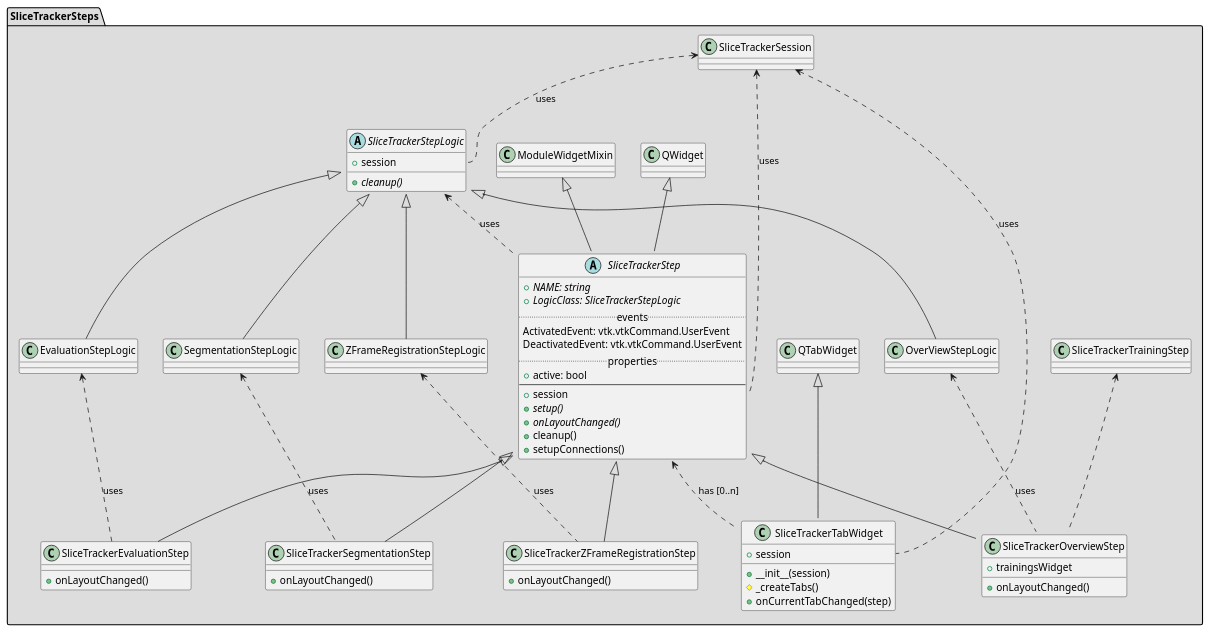
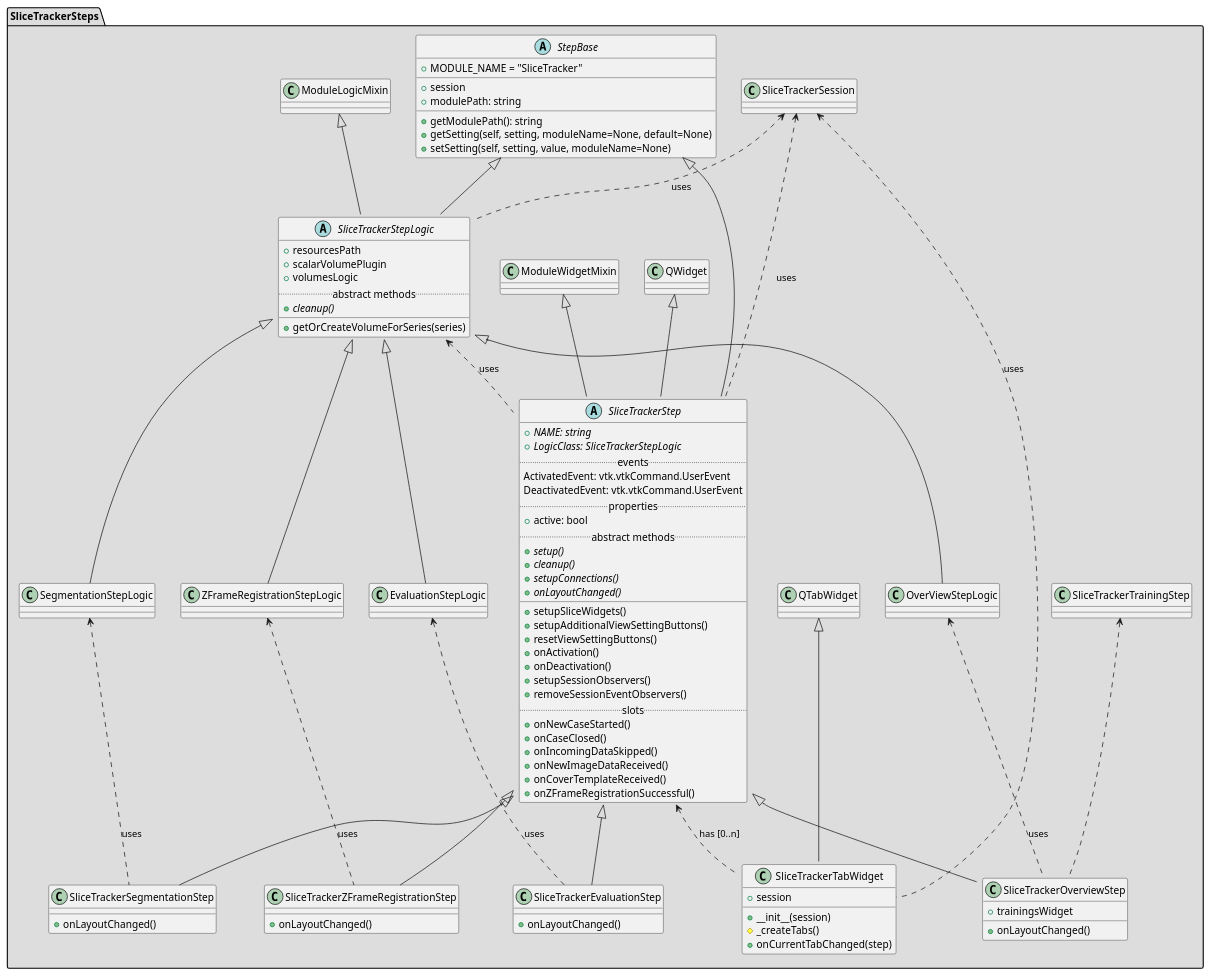
The diagram in puml/SliceTrackerSteps.puml (SlicerProstate/SliceTracker), drawn with PlantUML before and after one commit. The commit also changed 1 other file, not shown here.

Commit message:
ENH: updated uml diagrams and refactored StepBase

```diff
--- a/puml/SliceTrackerSteps.puml
+++ b/puml/SliceTrackerSteps.puml
@@ -1,95 +1,129 @@
 @startuml
 
 package "SliceTrackerSteps" #DDDDDD {
 
 
   QTabWidget <|-- SliceTrackerTabWidget
   SliceTrackerStep <.. SliceTrackerTabWidget::steps: has [0..n]
 
   class SliceTrackerTabWidget {
     + session
     + __init__(session)
     # _createTabs()
     + onCurrentTabChanged(step)
   }
 
   ModuleWidgetMixin <|-- SliceTrackerStep
+  StepBase <|-- SliceTrackerStep
   QWidget <|-- SliceTrackerStep
+
+  abstract class StepBase {
+    + MODULE_NAME = "SliceTracker"
+    __
+    + session
+    + modulePath: string
+    __
+    + getModulePath(): string
+    + getSetting(self, setting, moduleName=None, default=None)
+    + setSetting(self, setting, value, moduleName=None)
+  }
 
   abstract class SliceTrackerStep {
     + {abstract} NAME: string
     + {abstract} LogicClass: SliceTrackerStepLogic
     .. events ..
     ActivatedEvent: vtk.vtkCommand.UserEvent
     DeactivatedEvent: vtk.vtkCommand.UserEvent
     .. properties ..
     + active: bool
-    --
-    + session
+    .. abstract methods ..
     + {abstract} setup()
+    + {abstract} cleanup()
+    + {abstract} setupConnections()
     + {abstract} onLayoutChanged()
-    + cleanup()
-    + setupConnections()
+    __
+    + setupSliceWidgets()
+    + setupAdditionalViewSettingButtons()
+    + resetViewSettingButtons()
+    + onActivation()
+    + onDeactivation()
+    + setupSessionObservers()
+    + removeSessionEventObservers()
+    .. slots ..
+    + onNewCaseStarted()
+    + onCaseClosed()
+    + onIncomingDataSkipped()
+    + onNewImageDataReceived()
+    + onCoverTemplateReceived()
+    + onZFrameRegistrationSuccessful()
   }
 
   abstract class SliceTrackerStepLogic {
-    + session
+    + resourcesPath
+    + scalarVolumePlugin
+    + volumesLogic
+    .. abstract methods ..
     + {abstract} cleanup()
+    __
+    + getOrCreateVolumeForSeries(series)
   }
+
+  StepBase <|-- SliceTrackerStepLogic
+  ModuleLogicMixin <|-- SliceTrackerStepLogic
 
   class SliceTrackerOverviewStep {
     + onLayoutChanged()
     + trainingsWidget
   }
 
   class SliceTrackerTrainingStep {
   }
 
   SliceTrackerTrainingStep <.. SliceTrackerOverviewStep::traningsWidget
 
 
   class SliceTrackerSegmentationStep {
     + onLayoutChanged()
   }
 
   class SliceTrackerZFrameRegistrationStep {
     + onLayoutChanged()
   }
 
   class SliceTrackerEvaluationStep {
     + onLayoutChanged()
   }
 
 
   'SliceTrackerSession "0" --> "*" SliceTrackerStep
 
   'class OverViewStepLogic
   'class SegmentationStepLogic
   'class ZFrameRegistrationStepLogic
   'class EvaluationStepLogic
   '
   SliceTrackerStepLogic <|-- OverViewStepLogic
   SliceTrackerStepLogic <|-- SegmentationStepLogic
   SliceTrackerStepLogic <|-- ZFrameRegistrationStepLogic
   SliceTrackerStepLogic <|-- EvaluationStepLogic
 
   SliceTrackerStep <|-- SliceTrackerOverviewStep
   SliceTrackerStep <|-- SliceTrackerSegmentationStep
   SliceTrackerStep <|-- SliceTrackerZFrameRegistrationStep
   SliceTrackerStep <|-- SliceTrackerEvaluationStep
 
   OverViewStepLogic <.. SliceTrackerOverviewStep: uses
   SegmentationStepLogic <.. SliceTrackerSegmentationStep: uses
   ZFrameRegistrationStepLogic <.. SliceTrackerZFrameRegistrationStep: uses
   EvaluationStepLogic <.. SliceTrackerEvaluationStep: uses
 
   SliceTrackerStepLogic <.. SliceTrackerStep : uses
 
   SliceTrackerSession <.. SliceTrackerStep::session : uses
   SliceTrackerSession <.. SliceTrackerStepLogic::session: uses
   SliceTrackerSession <.. SliceTrackerTabWidget::session: uses
 }
 
 
 
 @enduml
```
